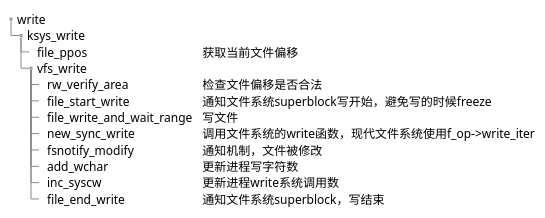
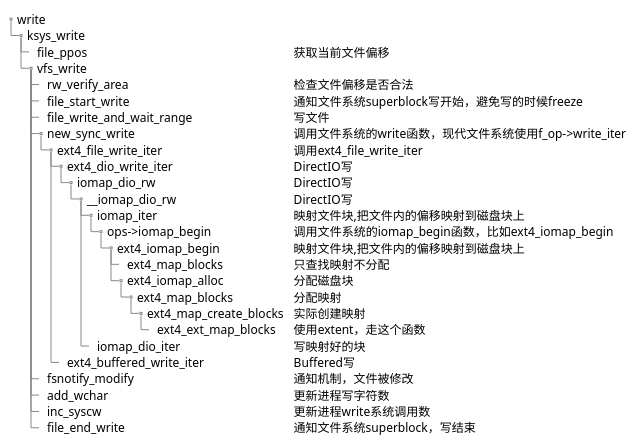
One commit to hml1006/linux-comment changed the second of 2 diagrams in notes/file.md. Above: the diagram before and after it, drawn with PlantUML. The commit also changed other lines of this file and 10 other files, not shown here.

Commit message:
增加write flow注释

````diff
--- a/notes/file.md
+++ b/notes/file.md
@@ -272,20 +261,34 @@
 ```plantuml
 @startsalt
 {{T
 + write
 ++ ksys_write
 +++ file_ppos | 获取当前文件偏移
 +++ vfs_write
 ++++ rw_verify_area | 检查文件偏移是否合法
 ++++ file_start_write | 通知文件系统superblock写开始，避免写的时候freeze
 ++++ file_write_and_wait_range | 写文件
 ++++ new_sync_write | 调用文件系统的write函数，现代文件系统使用f_op->write_iter
++++++ ext4_file_write_iter | 调用ext4_file_write_iter
+++++++ ext4_dio_write_iter | DirectIO写
++++++++ iomap_dio_rw | DirectIO写
+++++++++ __iomap_dio_rw | DirectIO写
++++++++++ iomap_iter | 映射文件块,把文件内的偏移映射到磁盘块上
+++++++++++ ops->iomap_begin | 调用文件系统的iomap_begin函数，比如ext4_iomap_begin
++++++++++++ ext4_iomap_begin | 映射文件块,把文件内的偏移映射到磁盘块上
+++++++++++++ ext4_map_blocks | 只查找映射不分配
+++++++++++++ ext4_iomap_alloc | 分配磁盘块
++++++++++++++ ext4_map_blocks | 分配映射
+++++++++++++++ ext4_map_create_blocks | 实际创建映射
++++++++++++++++ ext4_ext_map_blocks | 使用extent，走这个函数
++++++++++ iomap_dio_iter | 写映射好的块
+++++++ ext4_buffered_write_iter | Buffered写
 ++++ fsnotify_modify    | 通知机制，文件被修改
 ++++ add_wchar  | 更新进程写字符数
 ++++ inc_syscw  | 更新进程write系统调用数
 ++++ file_end_write | 通知文件系统superblock，写结束
 }}
 
 
 @endsalt
 ```
````
